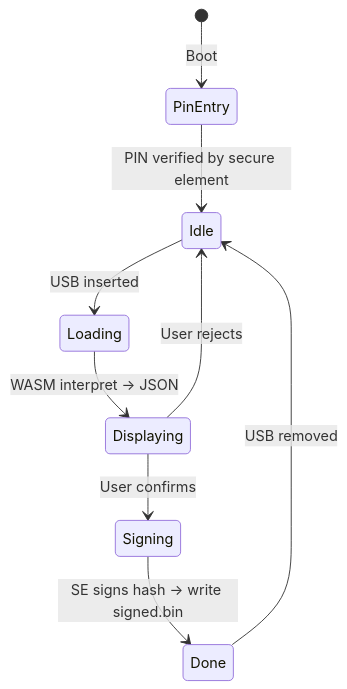
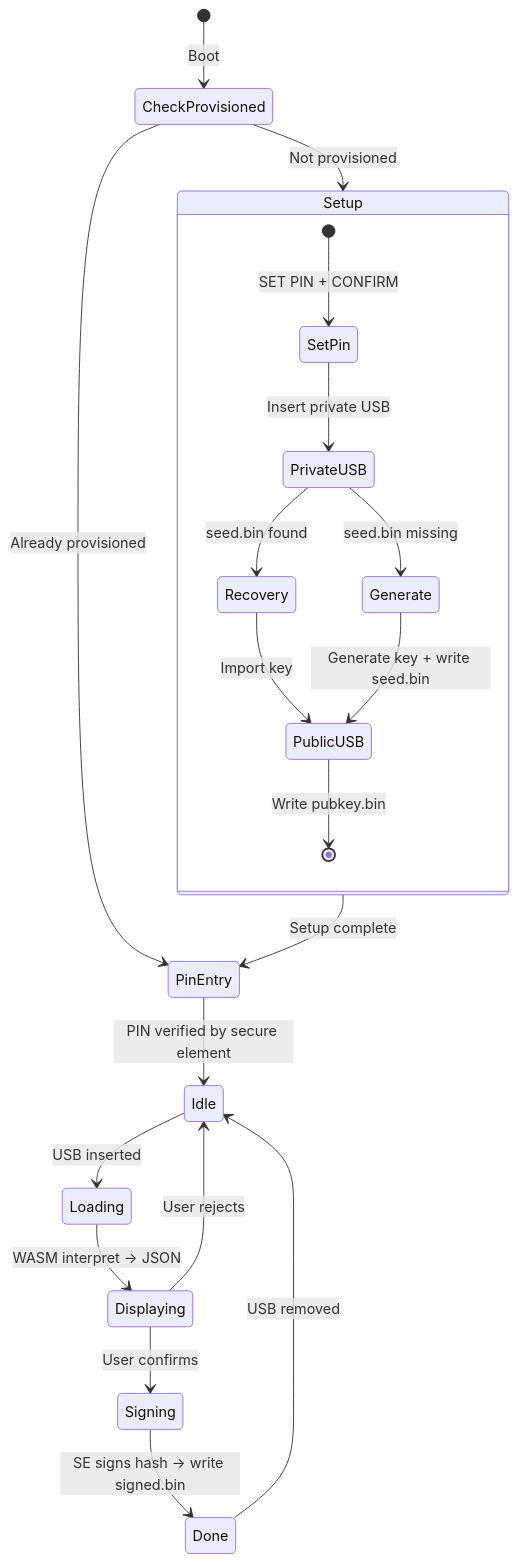
The second of 2 diagrams in docs/architecture/overview.md (paolino/air-gap-signer), drawn with Mermaid before and after one commit. The commit also changed other lines of this file and 13 other files, not shown here.

First line of the commit message:
feat: interactive setup flow with PIN, key generation, and dual-USB backup

````diff
--- a/docs/architecture/overview.md
+++ b/docs/architecture/overview.md
@@ -29,11 +29,25 @@
 ```mermaid
 stateDiagram-v2
-    [*] --> PinEntry: Boot
+    [*] --> CheckProvisioned: Boot
+    CheckProvisioned --> Setup: Not provisioned
+    CheckProvisioned --> PinEntry: Already provisioned
+
+    state Setup {
+        [*] --> SetPin: SET PIN + CONFIRM
+        SetPin --> PrivateUSB: Insert private USB
+        PrivateUSB --> Recovery: seed.bin found
+        PrivateUSB --> Generate: seed.bin missing
+        Recovery --> PublicUSB: Import key
+        Generate --> PublicUSB: Generate key + write seed.bin
+        PublicUSB --> [*]: Write pubkey.bin
+    }
+
+    Setup --> PinEntry: Setup complete
     PinEntry --> Idle: PIN verified by secure element
     Idle --> Loading: USB inserted
     Loading --> Displaying: WASM interpret → JSON
     Displaying --> Signing: User confirms
     Displaying --> Idle: User rejects
     Signing --> Done: SE signs hash → write signed.bin
     Done --> Idle: USB removed
 ```
````
